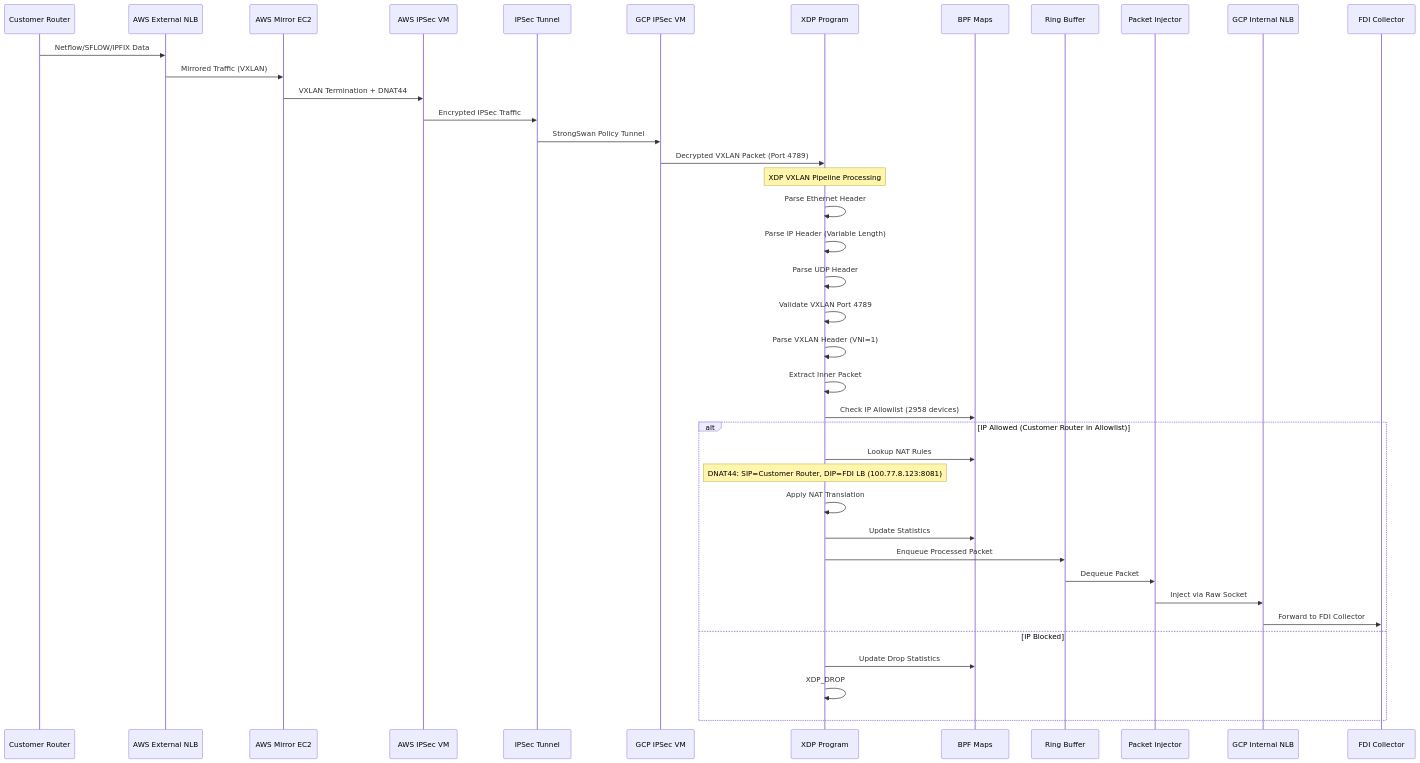
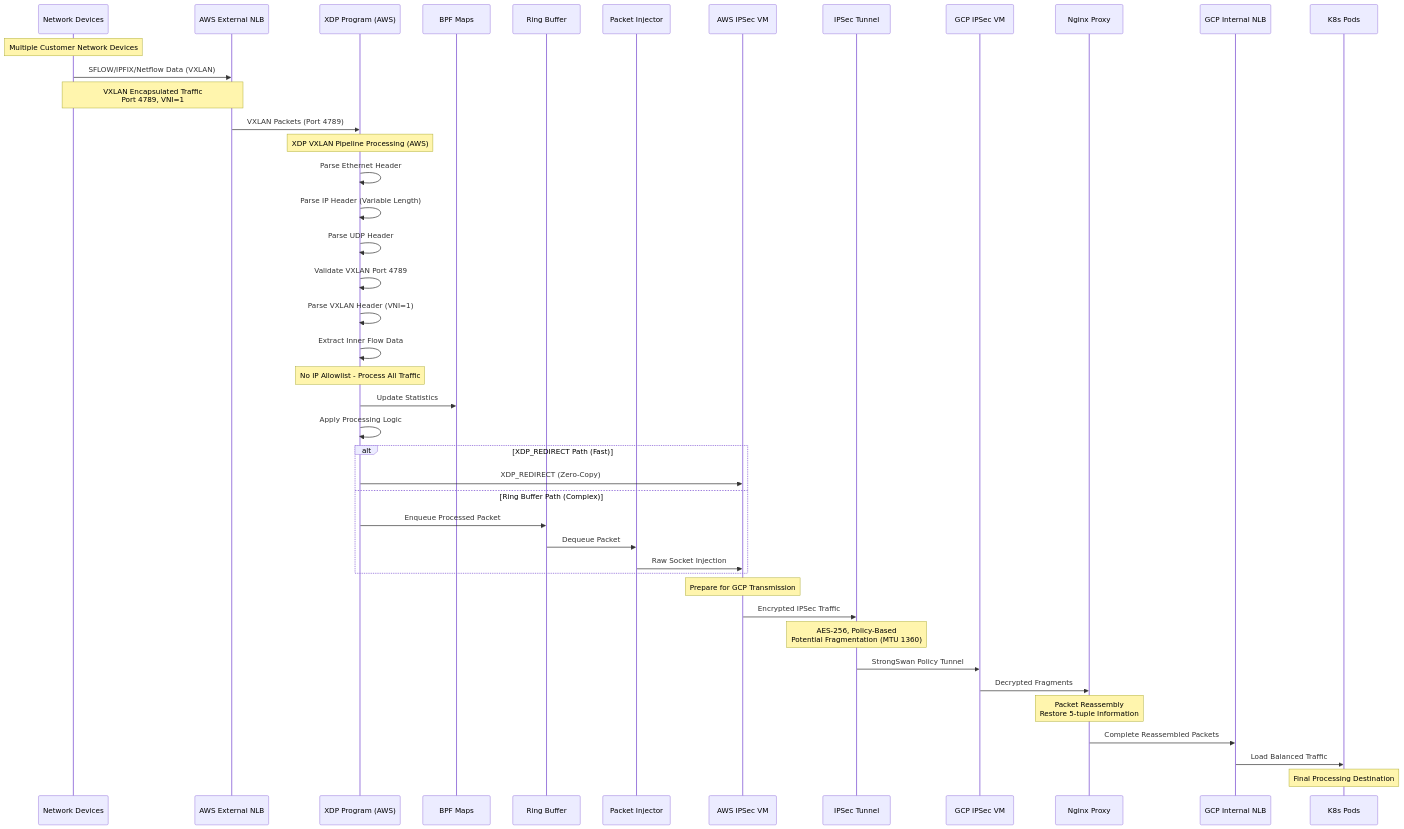
The eighth of 17 diagrams in TECHNICAL_REPORT.md (anil-sn/udp_ebpf), drawn with Mermaid before and after one commit. The commit also changed other lines of this file and 1 other file, not shown here.

````diff
--- a/TECHNICAL_REPORT.md
+++ b/TECHNICAL_REPORT.md
@@ -923,45 +1013,53 @@
 ```mermaid
 sequenceDiagram
-    participant CR as Customer Router
+    participant Devices as Network Devices
     participant AWS_NLB as AWS External NLB
-    participant Mirror as AWS Mirror EC2
+    participant XDP as XDP Program (AWS)
+    participant Maps as BPF Maps
+    participant Ring as Ring Buffer
+    participant Inject as Packet Injector
     participant IPSEC_AWS as AWS IPSec VM
     participant Tunnel as IPSec Tunnel
     participant IPSEC_GCP as GCP IPSec VM
-    participant XDP as XDP Program
-    participant Maps as BPF Maps
-    participant Ring as Ring Buffer
-    participant Inject as Packet Injector
+    participant Nginx as Nginx Proxy
     participant GCP_NLB as GCP Internal NLB
-    participant FDI as FDI Collector
+    participant Pods as K8s Pods
     
-    CR->>AWS_NLB: Netflow/SFLOW/IPFIX Data
-    AWS_NLB->>Mirror: Mirrored Traffic (VXLAN)
-    Mirror->>IPSEC_AWS: VXLAN Termination + DNAT44
-    IPSEC_AWS->>Tunnel: Encrypted IPSec Traffic
-    Tunnel->>IPSEC_GCP: StrongSwan Policy Tunnel
-    IPSEC_GCP->>XDP: Decrypted VXLAN Packet (Port 4789)
+    Note over Devices: Multiple Customer Network Devices
+    Devices->>AWS_NLB: SFLOW/IPFIX/Netflow Data (VXLAN)
+    Note over Devices,AWS_NLB: VXLAN Encapsulated Traffic<br/>Port 4789, VNI=1
     
-    Note over XDP: XDP VXLAN Pipeline Processing
+    AWS_NLB->>XDP: VXLAN Packets (Port 4789)
+    
+    Note over XDP: XDP VXLAN Pipeline Processing (AWS)
     XDP->>XDP: Parse Ethernet Header
     XDP->>XDP: Parse IP Header (Variable Length)
     XDP->>XDP: Parse UDP Header
     XDP->>XDP: Validate VXLAN Port 4789
     XDP->>XDP: Parse VXLAN Header (VNI=1)
-    XDP->>XDP: Extract Inner Packet
-    XDP->>Maps: Check IP Allowlist (2958 devices)
+    XDP->>XDP: Extract Inner Flow Data
+    Note over XDP: No IP Allowlist - Process All Traffic
     
-    alt IP Allowed (Customer Router in Allowlist)
-        XDP->>Maps: Lookup NAT Rules
-        Note over XDP: DNAT44: SIP=Customer Router, DIP=FDI LB (100.77.8.123:8081)
-        XDP->>XDP: Apply NAT Translation
-        XDP->>Maps: Update Statistics
+    XDP->>Maps: Update Statistics
+    XDP->>XDP: Apply Processing Logic
+    
+    alt XDP_REDIRECT Path (Fast)
+        XDP->>IPSEC_AWS: XDP_REDIRECT (Zero-Copy)
+    else Ring Buffer Path (Complex)
         XDP->>Ring: Enqueue Processed Packet
         Ring->>Inject: Dequeue Packet
-        Inject->>GCP_NLB: Inject via Raw Socket
-        GCP_NLB->>FDI: Forward to FDI Collector
-    else IP Blocked
-        XDP->>Maps: Update Drop Statistics
-        XDP->>XDP: XDP_DROP
+        Inject->>IPSEC_AWS: Raw Socket Injection
     end
+    
+    Note over IPSEC_AWS: Prepare for GCP Transmission
+    IPSEC_AWS->>Tunnel: Encrypted IPSec Traffic
+    Note over Tunnel: AES-256, Policy-Based<br/>Potential Fragmentation (MTU 1360)
+    
+    Tunnel->>IPSEC_GCP: StrongSwan Policy Tunnel
+    IPSEC_GCP->>Nginx: Decrypted Fragments
+    Note over Nginx: Packet Reassembly<br/>Restore 5-tuple Information
+    
+    Nginx->>GCP_NLB: Complete Reassembled Packets
+    GCP_NLB->>Pods: Load Balanced Traffic
+    Note over Pods: Final Processing Destination
 ```
````
